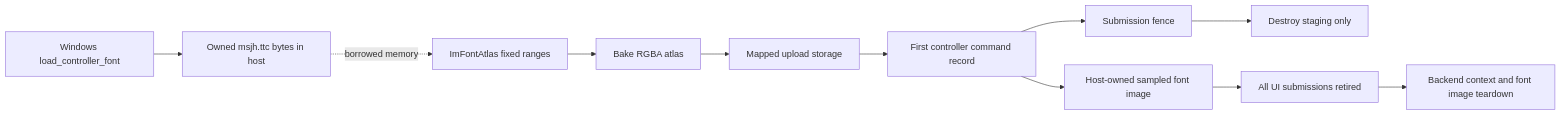
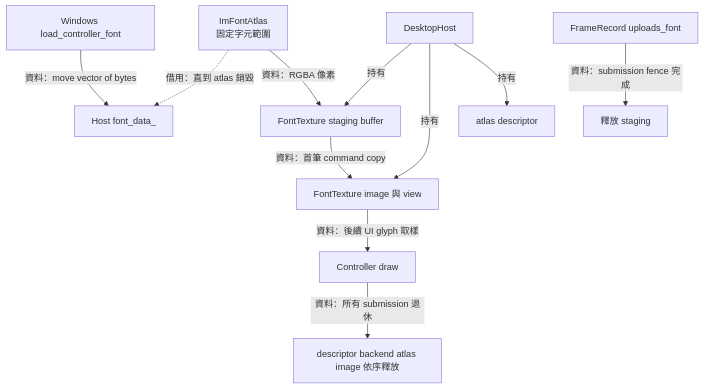
The sixth of 9 diagrams in docs/architecture/desktop-host.md (Mes0903/avb0795), drawn with Mermaid before and after one commit. The commit also changed other lines of this file and 156 other files, not shown here.

````diff
--- a/docs/architecture/desktop-host.md
+++ b/docs/architecture/desktop-host.md
@@ -48,13 +136,13 @@
 ```mermaid
-flowchart LR
-    Loader[Windows load_controller_font] --> Bytes[Owned msjh.ttc bytes in host]
-    Bytes -. borrowed memory .-> Atlas[ImFontAtlas fixed ranges]
-    Atlas --> Bake[Bake RGBA atlas]
-    Bake --> Staging[Mapped upload storage]
-    Staging --> Command[First controller command record]
-    Command --> Image[Host-owned sampled font image]
-    Command --> Fence[Submission fence]
-    Fence --> Release[Destroy staging only]
-    Image --> Last[All UI submissions retired]
-    Last --> Teardown[Backend context and font image teardown]
+flowchart TD
+    Loader[Windows load_controller_font] -->|資料：move vector of bytes| Bytes[Host font_data_]
+    Atlas[ImFontAtlas<br/>固定字元範圍] -.->|借用：直到 atlas 銷毀| Bytes
+    Atlas -->|資料：RGBA 像素| Staging[FontTexture staging buffer]
+    Host[DesktopHost] -->|持有| Staging
+    Host -->|持有| Image[FontTexture image 與 view]
+    Host -->|持有| Descriptor[atlas descriptor]
+    Staging -->|資料：首筆 command copy| Image
+    Command[FrameRecord uploads_font] -->|資料：submission fence 完成| Release[釋放 staging]
+    Image -->|資料：後續 UI glyph 取樣| Draw[Controller draw]
+    Draw -->|資料：所有 submission 退休| Teardown[descriptor backend atlas image 依序釋放]
 ```
````
